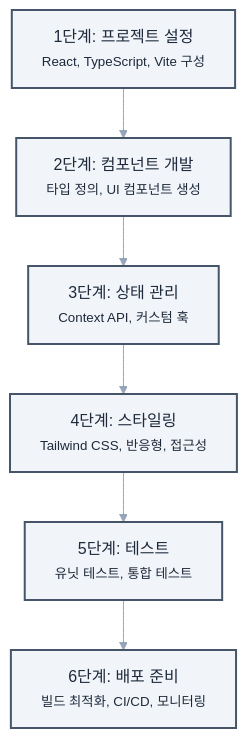
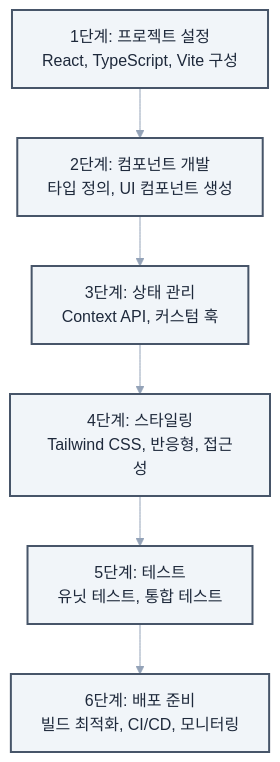
One commit to revfactory/claude-code-mastering changed the fifth of 5 diagrams in book/03-chapter3.md. Above: the diagram before and after it, drawn with Mermaid. The commit also changed other lines of this file and 10 other files, not shown here.

First line of the commit message:
fix: 챕터 2-13 Mermaid 다이어그램 텍스트 렌더링 최적화

````diff
--- a/book/03-chapter3.md
+++ b/book/03-chapter3.md
@@ -421,14 +421,14 @@
 ```mermaid
 %%{init: {"theme": "base", "themeVariables": {"primaryColor": "#f8fafc", "primaryTextColor": "#1e293b", "primaryBorderColor": "#e2e8f0", "lineColor": "#94a3b8", "secondaryColor": "#f1f5f9", "tertiaryColor": "#e2e8f0"}}}%%
 flowchart TD
-    A["1단계: 프로젝트 설정<br/><small>React, TypeScript, Vite 구성</small>"] --> B["2단계: 컴포넌트 개발<br/><small>타입 정의, UI 컴포넌트 생성</small>"]
-    B --> C["3단계: 상태 관리<br/><small>Context API, 커스텀 훅</small>"]
-    C --> D["4단계: 스타일링<br/><small>Tailwind CSS, 반응형, 접근성</small>"]
-    D --> E["5단계: 테스트<br/><small>유닛 테스트, 통합 테스트</small>"]
-    E --> F["6단계: 배포 준비<br/><small>빌드 최적화, CI/CD, 모니터링</small>"]
+    A["1단계: 프로젝트 설정<br/>React, TypeScript, Vite 구성"] --> B["2단계: 컴포넌트 개발<br/>타입 정의, UI 컴포넌트 생성"]
+    B --> C["3단계: 상태 관리<br/>Context API, 커스텀 훅"]
+    C --> D["4단계: 스타일링<br/>Tailwind CSS, 반응형, 접근성"]
+    D --> E["5단계: 테스트<br/>유닛 테스트, 통합 테스트"]
+    E --> F["6단계: 배포 준비<br/>빌드 최적화, CI/CD, 모니터링"]
     
     classDef stepStyle fill:#f1f5f9,stroke:#475569,stroke-width:2px,color:#1e293b
     classDef currentStyle fill:#e2e8f0,stroke:#334155,stroke-width:3px,color:#1e293b
     
     class A,B,C,D,E,F stepStyle
 ```
````
